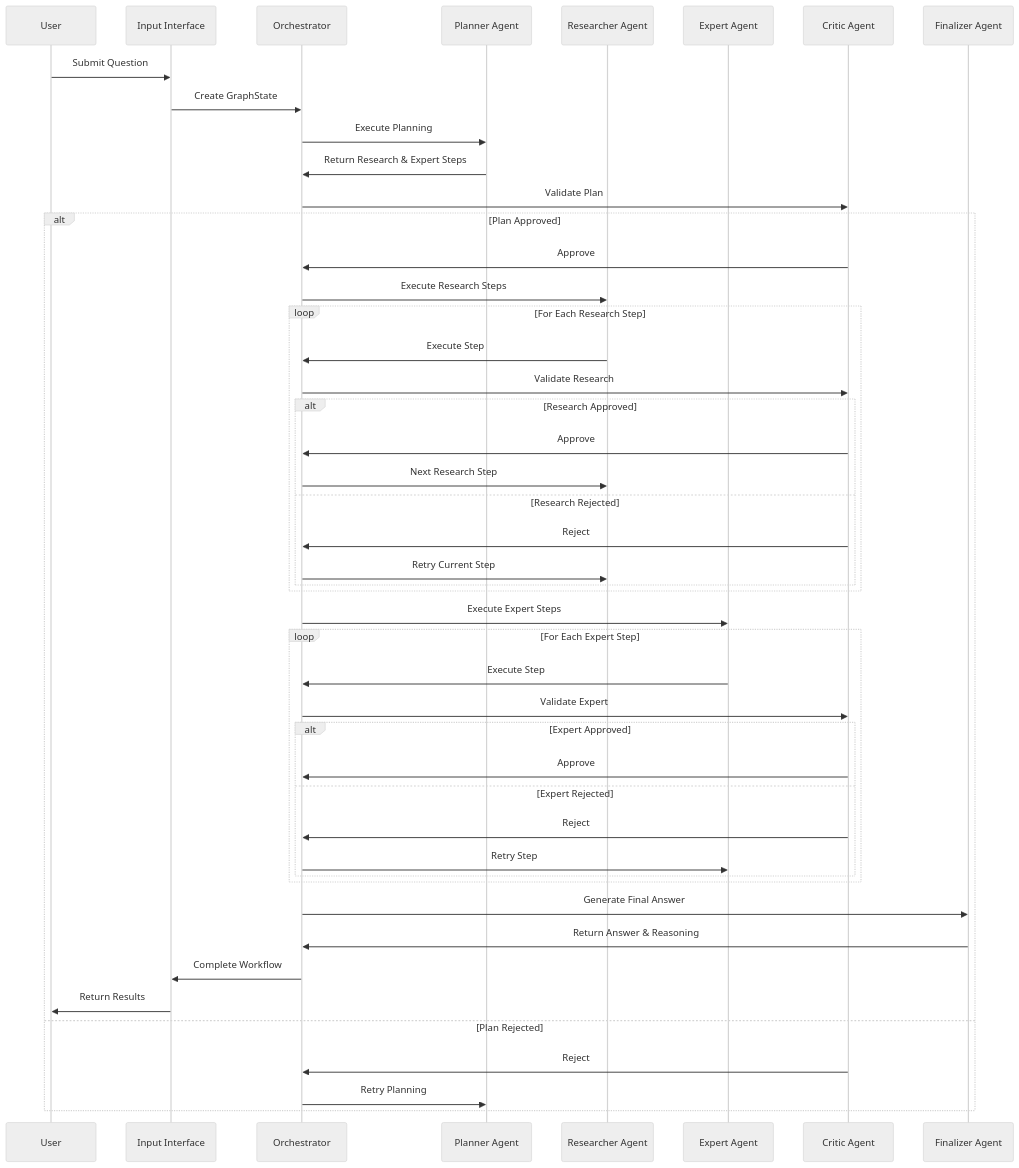
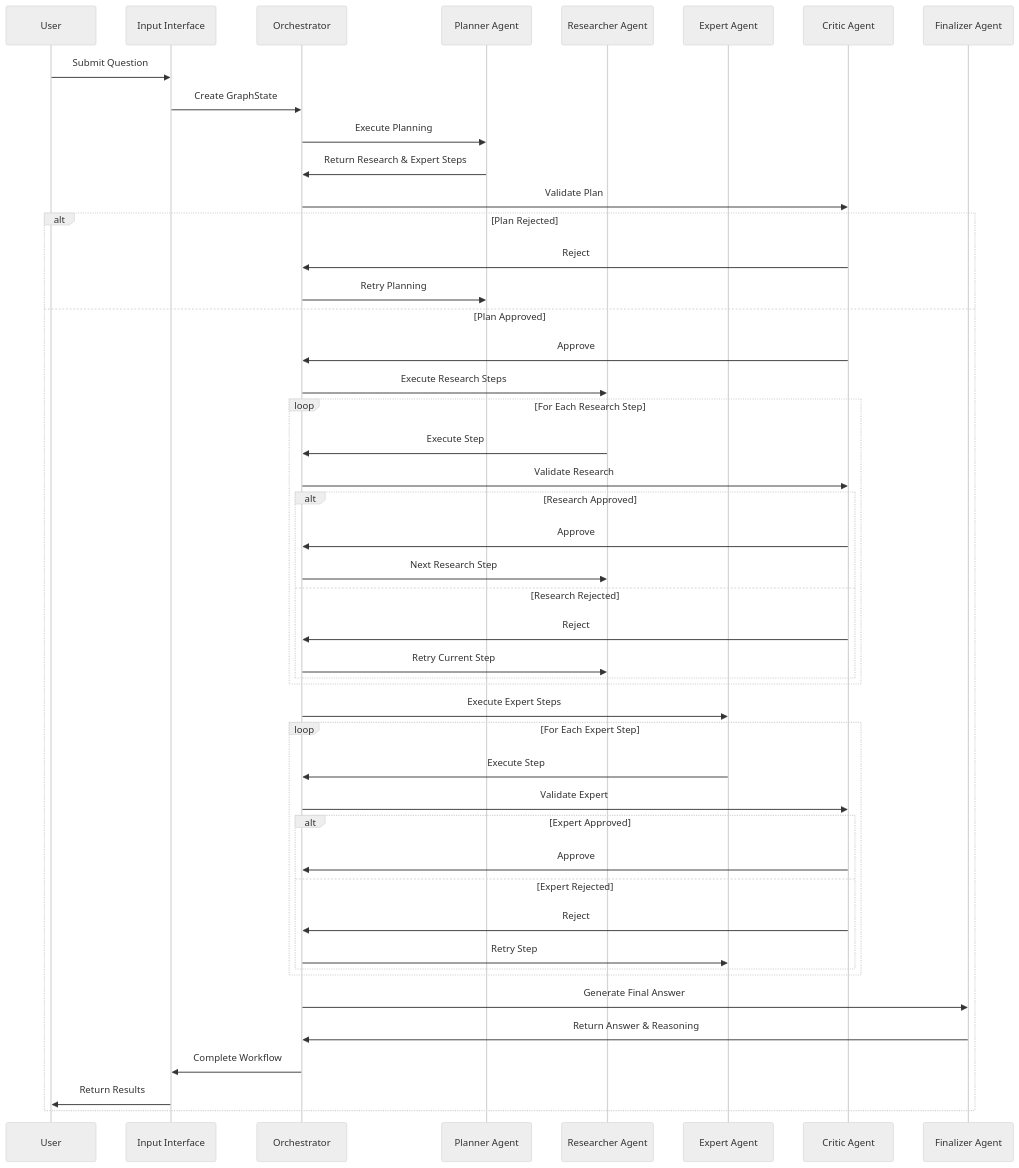
The third of 14 diagrams in docs/src2/ARCHITECTURE.md (jdsham/hf-ai-agents-course), drawn with Mermaid (neutral theme) before and after one commit. The commit also changed other lines of this file, not shown here.

Commit message:
Updated source code architecture document -- fixed section numbering issue. Improved diagrams in section 3.

````diff
--- a/docs/src2/ARCHITECTURE.md
+++ b/docs/src2/ARCHITECTURE.md
@@ -699,50 +699,50 @@
 ```mermaid
 sequenceDiagram
     participant U as User
     participant I as Input Interface
     participant O as Orchestrator
     participant P as Planner Agent
     participant R as Researcher Agent
     participant E as Expert Agent
     participant C as Critic Agent
     participant F as Finalizer Agent
     
     U->>I: Submit Question
     I->>O: Create GraphState
     O->>P: Execute Planning
     P->>O: Return Research & Expert Steps
     O->>C: Validate Plan
-    alt Plan Approved
+    alt Plan Rejected
+        C->>O: Reject
+        O->>P: Retry Planning
+    else Plan Approved
         C->>O: Approve
         O->>R: Execute Research Steps
         loop For Each Research Step
             R->>O: Execute Step
             O->>C: Validate Research
             alt Research Approved
                 C->>O: Approve
                 O->>R: Next Research Step
             else Research Rejected
                 C->>O: Reject
                 O->>R: Retry Current Step
             end
         end
         O->>E: Execute Expert Steps
         loop For Each Expert Step
             E->>O: Execute Step
             O->>C: Validate Expert
             alt Expert Approved
                 C->>O: Approve
             else Expert Rejected
                 C->>O: Reject
                 O->>E: Retry Step
             end
         end
         O->>F: Generate Final Answer
         F->>O: Return Answer & Reasoning
         O->>I: Complete Workflow
         I->>U: Return Results
-    else Plan Rejected
-        C->>O: Reject
-        O->>P: Retry Planning
     end
 ```
````
